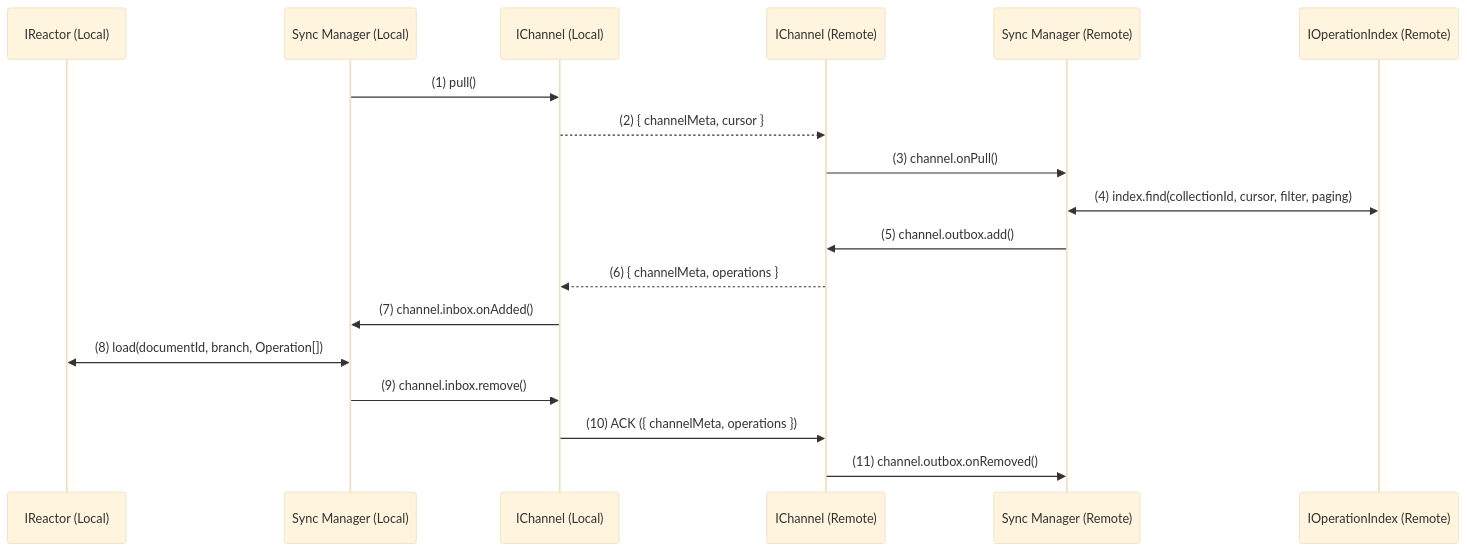
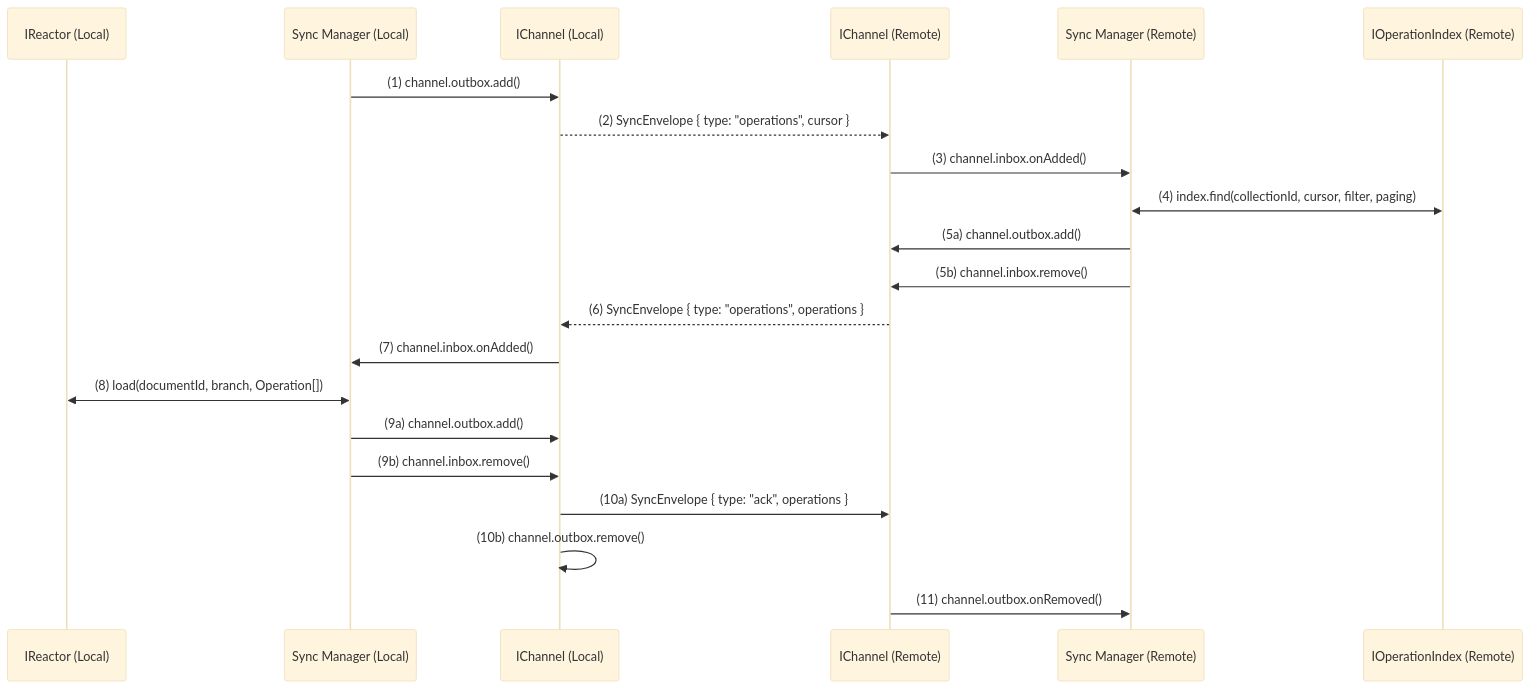
One commit to powerhouse-inc/powerhouse changed the second of 4 diagrams in packages/reactor/docs/planning/Synchronization/index.md. Above: the diagram before and after it, drawn with Mermaid (base theme). The commit also changed other lines of this file, not shown here.

````diff
--- a/packages/reactor/docs/planning/Synchronization/index.md
+++ b/packages/reactor/docs/planning/Synchronization/index.md
@@ -225,21 +231,24 @@
 ```mermaid
 sequenceDiagram
   participant LocalLoad as IReactor (Local)
   participant SyncMgr as Sync Manager (Local)
   participant Channel as IChannel (Local)
   participant RemoteChannel as IChannel (Remote)
   participant RemoteSyncMgr as Sync Manager (Remote)
   participant RemoteIndex as IOperationIndex (Remote)
 
-  SyncMgr->>Channel: (1) pull()
-  Channel-->>RemoteChannel: (2) { channelMeta, cursor }
-  RemoteChannel->>RemoteSyncMgr: (3) channel.onPull()
+  SyncMgr->>Channel: (1) channel.outbox.add()
+  Channel-->>RemoteChannel: (2) SyncEnvelope { type: "operations", cursor }
+  RemoteChannel->>RemoteSyncMgr: (3) channel.inbox.onAdded()
   RemoteSyncMgr<<->>RemoteIndex: (4) index.find(collectionId, cursor, filter, paging)
-  RemoteSyncMgr->>RemoteChannel: (5) channel.outbox.add()
-  RemoteChannel-->>Channel: (6) { channelMeta, operations }
+  RemoteSyncMgr->>RemoteChannel: (5a) channel.outbox.add()
+  RemoteSyncMgr->>RemoteChannel: (5b) channel.inbox.remove()
+  RemoteChannel-->>Channel: (6) SyncEnvelope { type: "operations", operations }
   Channel->>SyncMgr: (7) channel.inbox.onAdded()
   SyncMgr<<->>LocalLoad: (8) load(documentId, branch, Operation[])
-  SyncMgr->>Channel: (9) channel.inbox.remove()
-  Channel->>RemoteChannel: (10) ACK ({ channelMeta, operations })
+  SyncMgr->>Channel: (9a) channel.outbox.add()
+  SyncMgr->>Channel: (9b) channel.inbox.remove()
+  Channel->>RemoteChannel: (10a) SyncEnvelope { type: "ack", operations }
+  Channel->>Channel: (10b) channel.outbox.remove()
   RemoteChannel->>RemoteSyncMgr: (11) channel.outbox.onRemoved()
 ```
````
